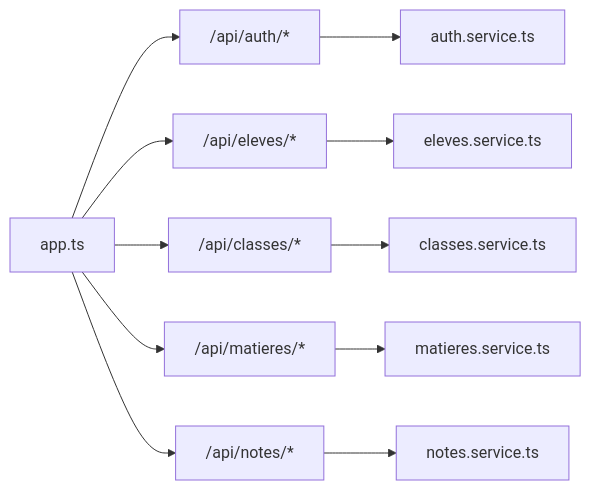
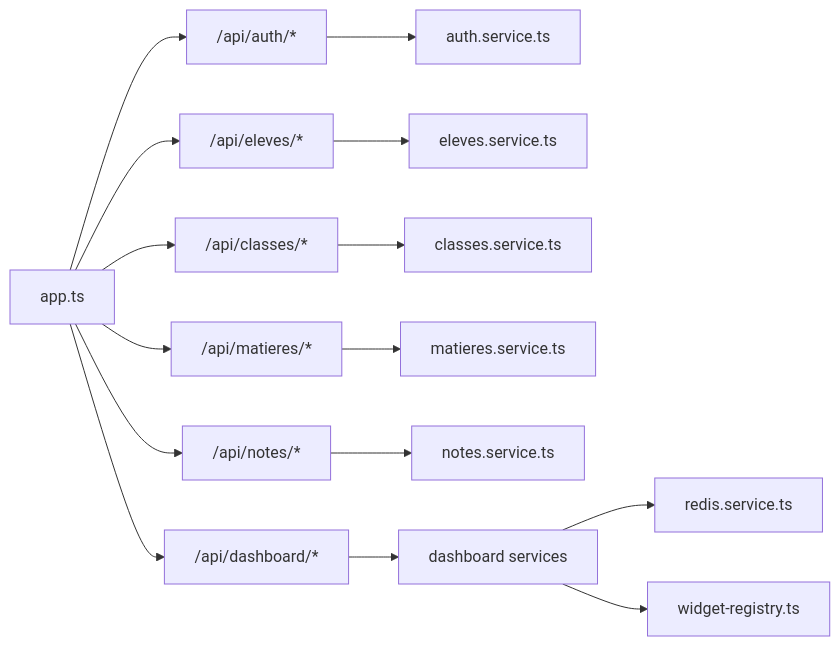
One commit to franckylab/eLISAschool changed the ninth of 9 diagrams in .qoder/repowiki/en/content/Modules & Features/Modules & Features.md. Above: the diagram before and after it, drawn with Mermaid. The commit also changed other lines of this file and 390 other files, not shown here.

````diff
--- a/.qoder/repowiki/en/content/Modules & Features/Modules & Features.md
+++ b/.qoder/repowiki/en/content/Modules & Features/Modules & Features.md
@@ -361,13 +466,17 @@
 ```mermaid
 graph LR
 App["app.ts"] --> AuthCtrl["/api/auth/*"]
 App --> ElevesCtrl["/api/eleves/*"]
 App --> ClassesCtrl["/api/classes/*"]
 App --> MatieresCtrl["/api/matieres/*"]
 App --> NotesCtrl["/api/notes/*"]
+App --> DashCtrl["/api/dashboard/*"]
 AuthCtrl --> AuthSvc["auth.service.ts"]
 ElevesCtrl --> ElevesSvc["eleves.service.ts"]
 ClassesCtrl --> ClassesSvc["classes.service.ts"]
 MatieresCtrl --> MatieresSvc["matieres.service.ts"]
 NotesCtrl --> NotesSvc["notes.service.ts"]
+DashCtrl --> DashServices["dashboard services"]
+DashServices --> RedisSvc["redis.service.ts"]
+DashServices --> WidgetReg["widget-registry.ts"]
 ```
````
